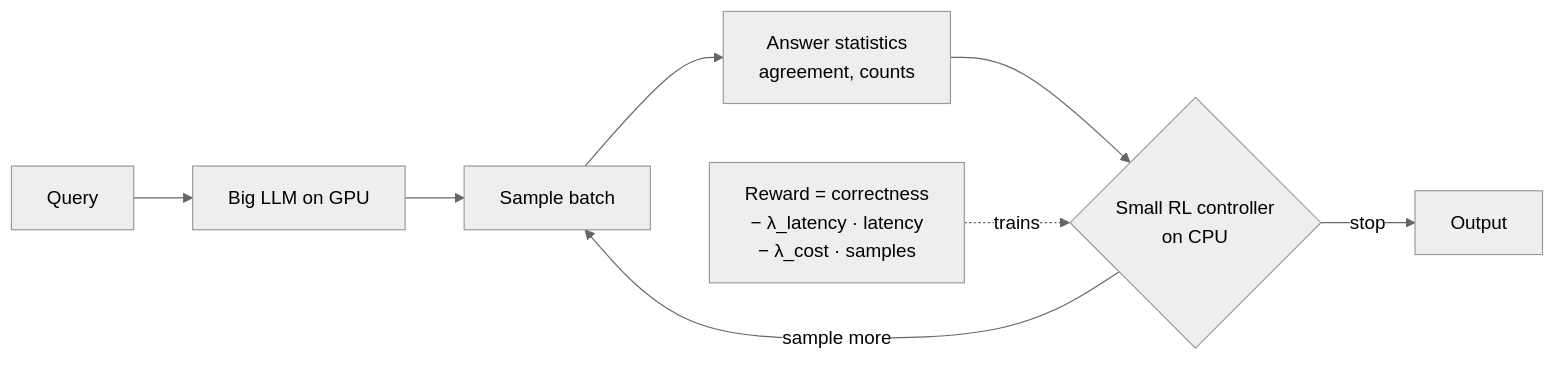
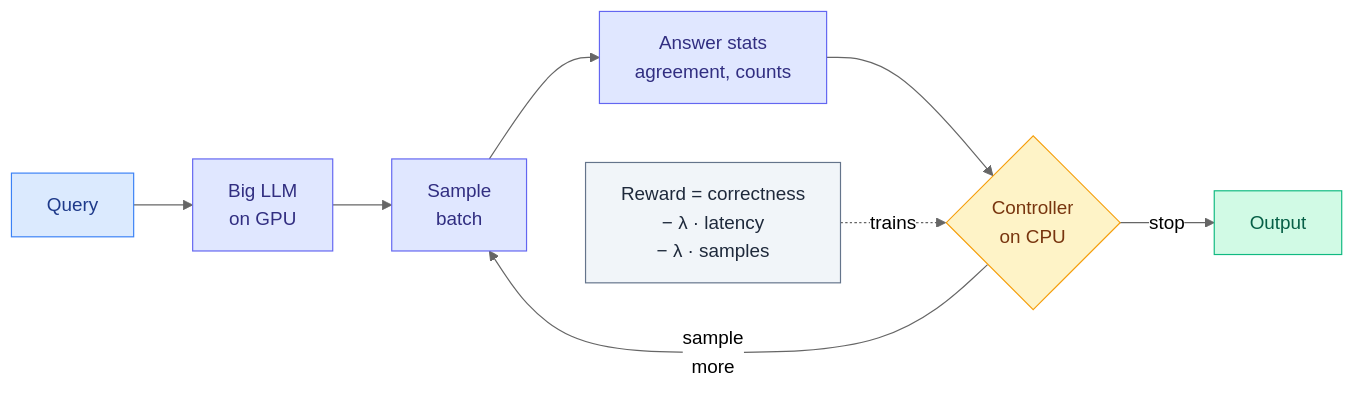
The fourth of 7 diagrams in wiki/daily-digest/2026-06/2026-06-03.md (bayesiansapien/cere-bro), drawn with Mermaid (neutral theme) before and after one commit.

Commit message:
wiki: update wiki/2026-06-03

````diff
--- a/wiki/daily-digest/2026-06/2026-06-03.md
+++ b/wiki/daily-digest/2026-06/2026-06-03.md
@@ -176,10 +176,20 @@
 ```mermaid
 flowchart LR
-  Q[Query] --> L[Big LLM on GPU]
-  L --> S[Sample batch]
-  S --> A[Answer statistics<br/>agreement, counts]
-  A --> Ctrl{Small RL controller<br/>on CPU}
+  Q[Query] --> L[Big LLM<br/>on GPU]
+  L --> S[Sample<br/>batch]
+  S --> A[Answer stats<br/>agreement, counts]
+  A --> Ctrl{Controller<br/>on CPU}
   Ctrl -->|stop| O[Output]
-  Ctrl -->|sample more| S
-  R[Reward = correctness<br/>− λ_latency · latency<br/>− λ_cost · samples] -.->|trains| Ctrl
+  Ctrl -->|sample<br/>more| S
+  R[Reward = correctness<br/>− λ · latency<br/>− λ · samples] -.->|trains| Ctrl
+  classDef input fill:#dbeafe,stroke:#3b82f6,color:#1e3a8a
+  classDef stage fill:#e0e7ff,stroke:#6366f1,color:#312e81
+  classDef decision fill:#fef3c7,stroke:#f59e0b,color:#78350f
+  classDef output fill:#d1fae5,stroke:#10b981,color:#065f46
+  classDef aux fill:#f1f5f9,stroke:#64748b,color:#1e293b
+  class Q input
+  class L,S,A stage
+  class Ctrl decision
+  class O output
+  class R aux
 ```
````
